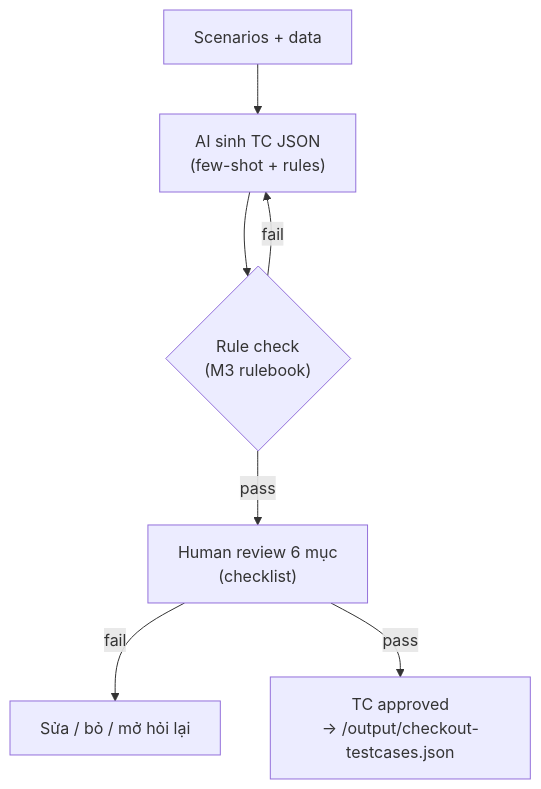
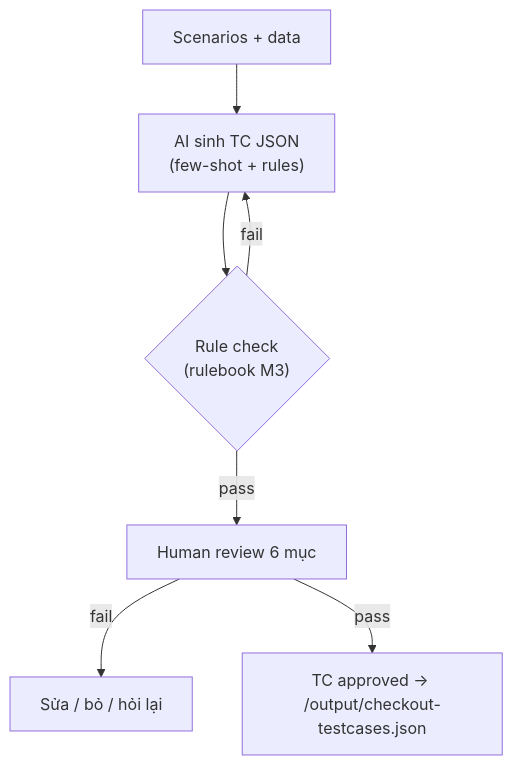
Before and after one commit to heino-labs/gen-ai-labs: the fifth of 6 diagrams in docs/curriculum/MODULE-04-ai-for-ba-tester.md, drawn with Mermaid. The commit also changed other lines of this file and 10 other files, not shown here.

Commit message:
Refactor MODULE-09-capstone.md and README.md for clarity and structure; enhance narrative flow and emphasize evidence-based learning in AI testing curriculum.

````diff
--- a/docs/curriculum/MODULE-04-ai-for-ba-tester.md
+++ b/docs/curriculum/MODULE-04-ai-for-ba-tester.md
@@ -445,9 +200,9 @@
 ```mermaid
 flowchart TD
     SC["Scenarios + data"] --> AI["AI sinh TC JSON<br/>(few-shot + rules)"]
-    AI --> R{"Rule check<br/>(M3 rulebook)"}
-    R -- fail --> AI
-    R -- pass --> H["Human review 6 mục<br/>(checklist)"]
-    H -- fail --> FIX["Sửa / bỏ / mở hỏi lại"]
-    H -- pass --> AP["TC approved<br/>→ /output/checkout-testcases.json"]
+    AI --> RK{"Rule check<br/>(rulebook M3)"}
+    RK -- fail --> AI
+    RK -- pass --> H["Human review 6 mục"]
+    H -- fail --> FIX["Sửa / bỏ / hỏi lại"]
+    H -- pass --> AP["TC approved → /output/checkout-testcases.json"]
 ```
````
